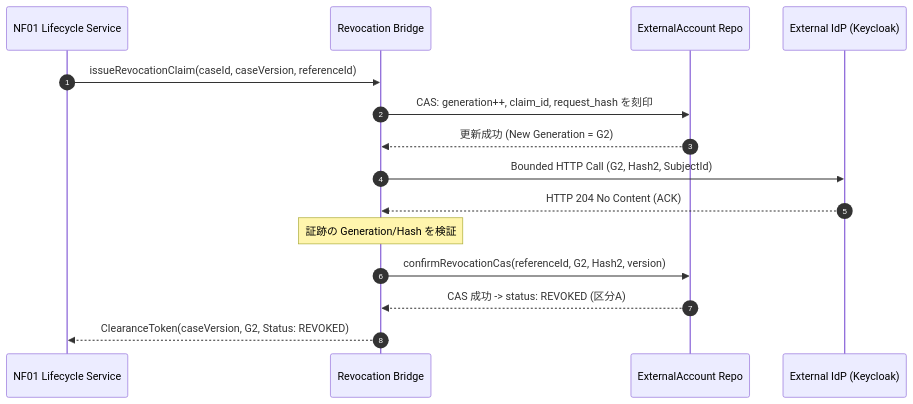
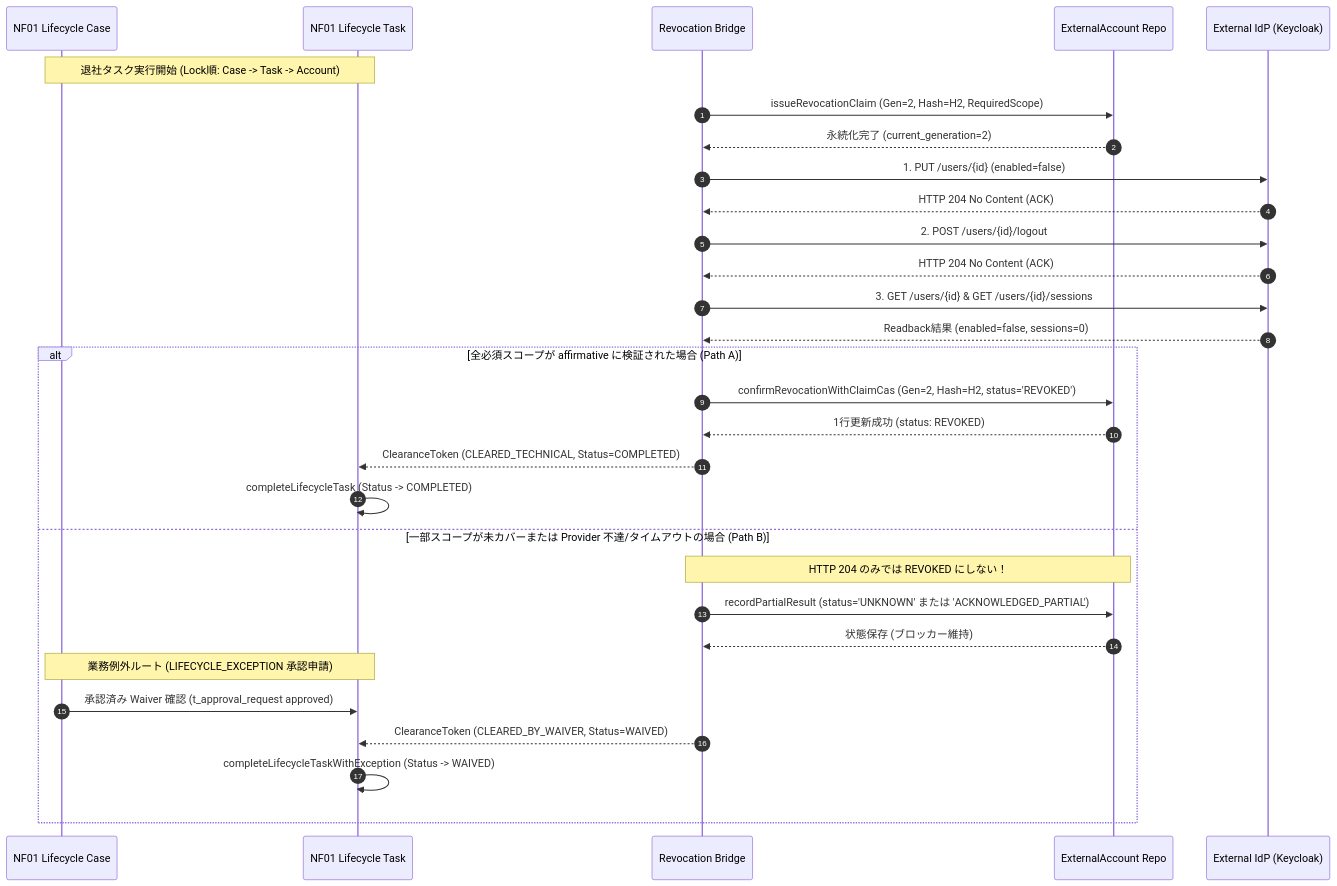
Before and after one commit to satoshi2024/ses-manager-pro: the diagram in .kiro/specs/asset-account-license-lifecycle/lifecycle-revocation-bridge-plan.md, drawn with Mermaid. The commit also changed other lines of this file and 1 other file, not shown here.

````diff
--- a/.kiro/specs/asset-account-license-lifecycle/lifecycle-revocation-bridge-plan.md
+++ b/.kiro/specs/asset-account-license-lifecycle/lifecycle-revocation-bridge-plan.md
@@ -68,18 +141,35 @@
 ```mermaid
 sequenceDiagram
     autonumber
-    participant NF01 as NF01 Lifecycle Service
+    participant Case as NF01 Lifecycle Case
+    participant Task as NF01 Lifecycle Task
     participant Bridge as Revocation Bridge
     participant Repo as ExternalAccount Repo
     participant IdP as External IdP (Keycloak)
 
-    NF01->>Bridge: issueRevocationClaim(caseId, caseVersion, referenceId)
-    Bridge->>Repo: CAS: generation++, claim_id, request_hash を刻印
-    Repo-->>Bridge: 更新成功 (New Generation = G2)
-    Bridge->>IdP: Bounded HTTP Call (G2, Hash2, SubjectId)
+    Note over Case,Task: 退社タスク実行開始 (Lock順: Case -> Task -> Account)
+    Bridge->>Repo: issueRevocationClaim (Gen=2, Hash=H2, RequiredScope)
+    Repo-->>Bridge: 永続化完了 (current_generation=2)
+
+    Bridge->>IdP: 1. PUT /users/{id} (enabled=false)
     IdP-->>Bridge: HTTP 204 No Content (ACK)
-    Note over Bridge: 証跡の Generation/Hash を検証
-    Bridge->>Repo: confirmRevocationCas(referenceId, G2, Hash2, version)
-    Repo-->>Bridge: CAS 成功 -> status: REVOKED (区分A)
-    Bridge-->>NF01: ClearanceToken(caseVersion, G2, Status: REVOKED)
+    Bridge->>IdP: 2. POST /users/{id}/logout
+    IdP-->>Bridge: HTTP 204 No Content (ACK)
+    Bridge->>IdP: 3. GET /users/{id} & GET /users/{id}/sessions
+    IdP-->>Bridge: Readback結果 (enabled=false, sessions=0)
+
+    alt 全必須スコープが affirmative に検証された場合 (Path A)
+        Bridge->>Repo: confirmRevocationWithClaimCas (Gen=2, Hash=H2, status='REVOKED')
+        Repo-->>Bridge: 1行更新成功 (status: REVOKED)
+        Bridge-->>Task: ClearanceToken (CLEARED_TECHNICAL, Status=COMPLETED)
+        Task->>Task: completeLifecycleTask (Status -> COMPLETED)
+    else 一部スコープが未カバーまたは Provider 不達/タイムアウトの場合 (Path B)
+        Note over Bridge,Repo: HTTP 204 のみでは REVOKED にしない！
+        Bridge->>Repo: recordPartialResult (status='UNKNOWN' または 'ACKNOWLEDGED_PARTIAL')
+        Repo-->>Bridge: 状態保存 (ブロッカー維持)
+        Note over Case,Task: 業務例外ルート (LIFECYCLE_EXCEPTION 承認申請)
+        Case->>Task: 承認済み Waiver 確認 (t_approval_request approved)
+        Bridge-->>Task: ClearanceToken (CLEARED_BY_WAIVER, Status=WAIVED)
+        Task->>Task: completeLifecycleTaskWithException (Status -> WAIVED)
+    end
 ```
````
